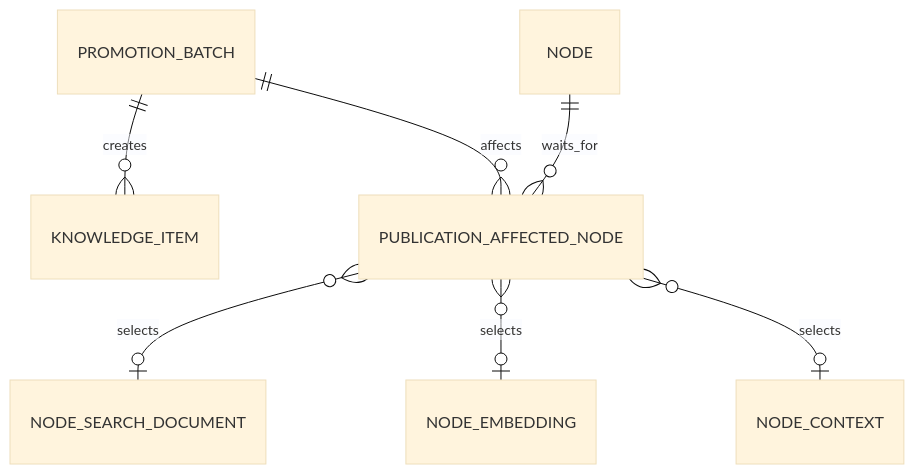
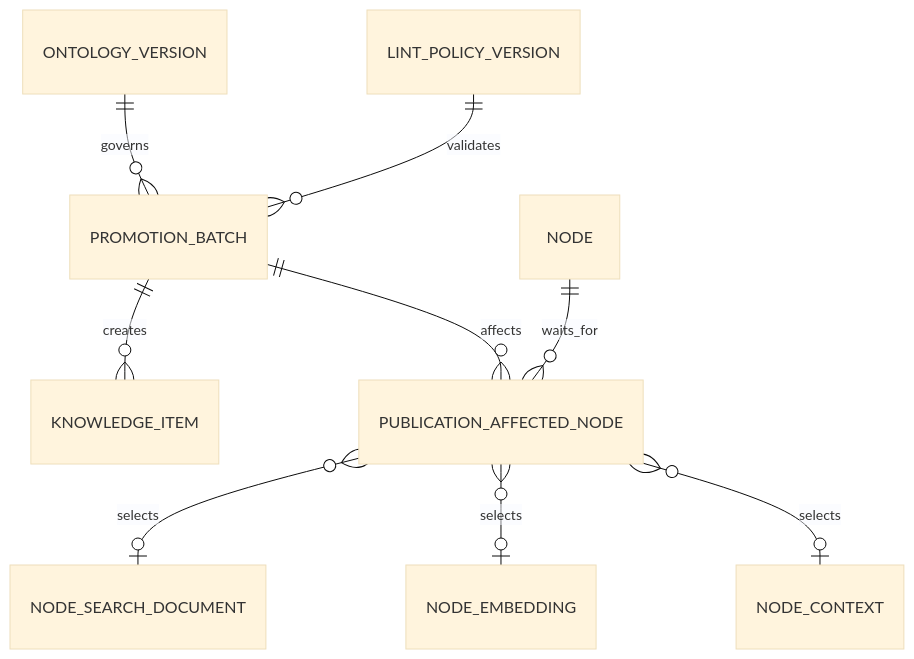
Before and after one commit to studylida/ontology-map: the eighth of 9 diagrams in logical-data-schema.md, drawn with Mermaid (base theme). The commit also changed other lines of this file, not shown here.

Commit message:
docs: reconcile logical schema integrity

````diff
--- a/logical-data-schema.md
+++ b/logical-data-schema.md
@@ -213,9 +214,11 @@
 ```mermaid
 erDiagram
+    ONTOLOGY_VERSION ||--o{ PROMOTION_BATCH : governs
+    LINT_POLICY_VERSION ||--o{ PROMOTION_BATCH : validates
     PROMOTION_BATCH ||--o{ KNOWLEDGE_ITEM : creates
     PROMOTION_BATCH ||--o{ PUBLICATION_AFFECTED_NODE : affects
     NODE ||--o{ PUBLICATION_AFFECTED_NODE : waits_for
     PUBLICATION_AFFECTED_NODE }o--o| NODE_SEARCH_DOCUMENT : selects
     PUBLICATION_AFFECTED_NODE }o--o| NODE_EMBEDDING : selects
     PUBLICATION_AFFECTED_NODE }o--o| NODE_CONTEXT : selects
 ```
````
